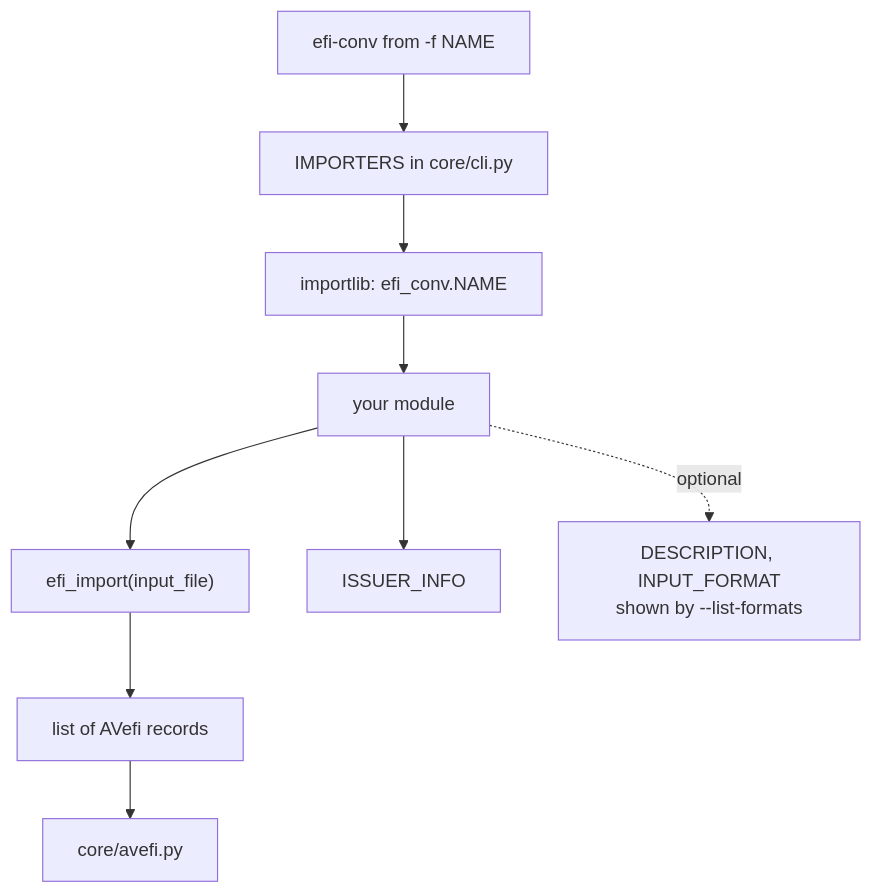
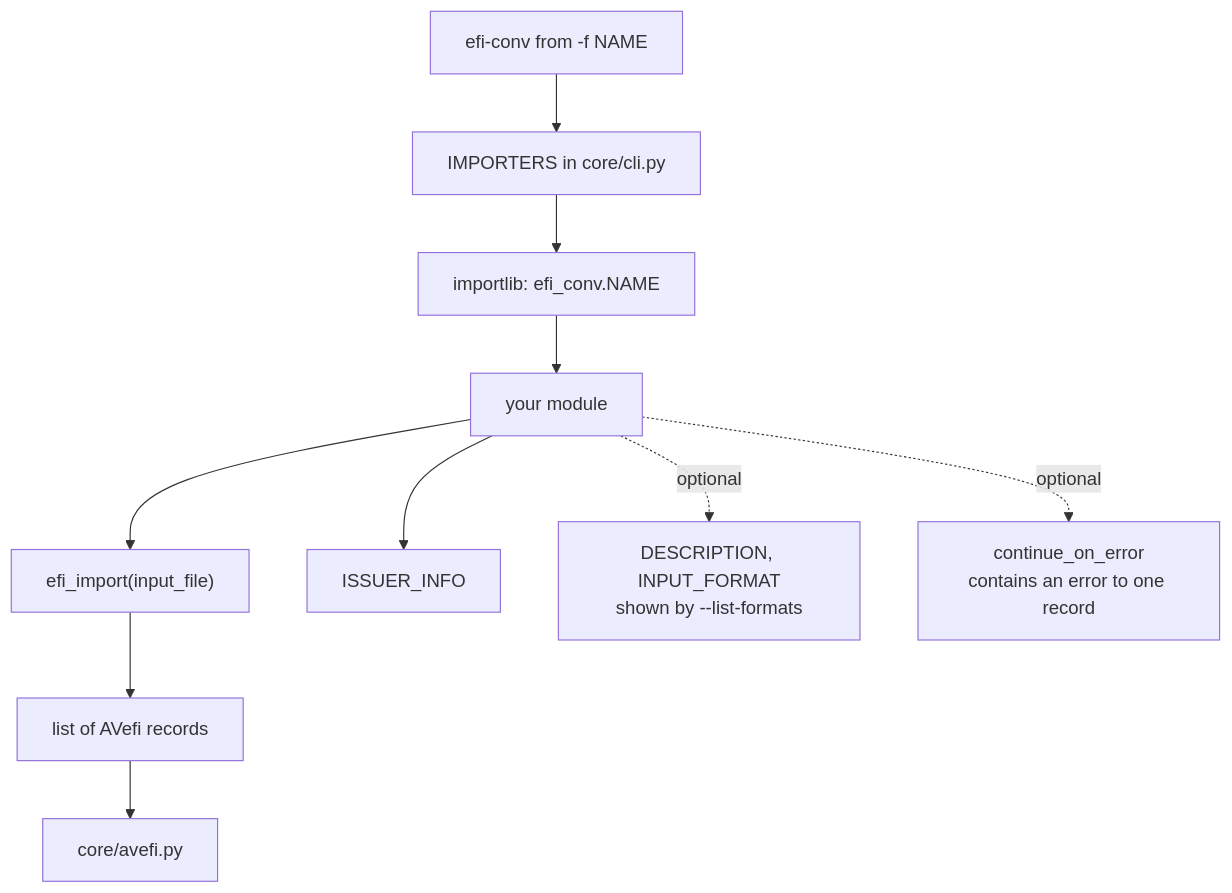
The third of 3 diagrams in README.md (andreaskasper/avefi-converter), drawn with Mermaid before and after one commit. The commit also changed other lines of this file, not shown here.

````diff
--- a/README.md
+++ b/README.md
@@ -218,11 +294,12 @@
 ```mermaid
 flowchart TD
     CLI["efi-conv from -f NAME"] --> CHOICE["IMPORTERS in core/cli.py"]
     CHOICE --> RESOLVE["importlib: efi_conv.NAME"]
     RESOLVE --> MOD["your module"]
     MOD --> IMP["efi_import(input_file)"]
     MOD --> ISSUER["ISSUER_INFO"]
     MOD -.optional.-> DESC["DESCRIPTION, INPUT_FORMAT<br/>shown by --list-formats"]
+    MOD -.optional.-> CONT["continue_on_error<br/>contains an error to one record"]
     IMP --> REC["list of AVefi records"]
     REC --> DUMP["core/avefi.py"]
 ```
````
